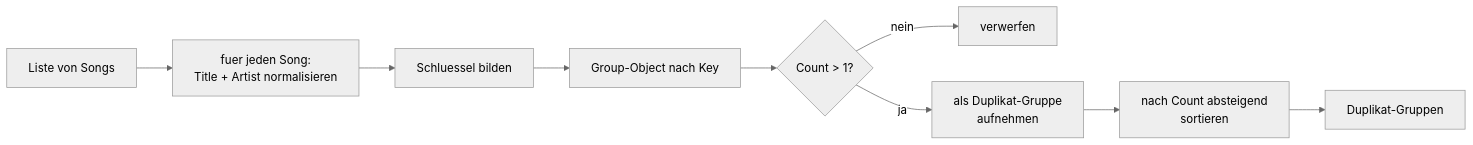
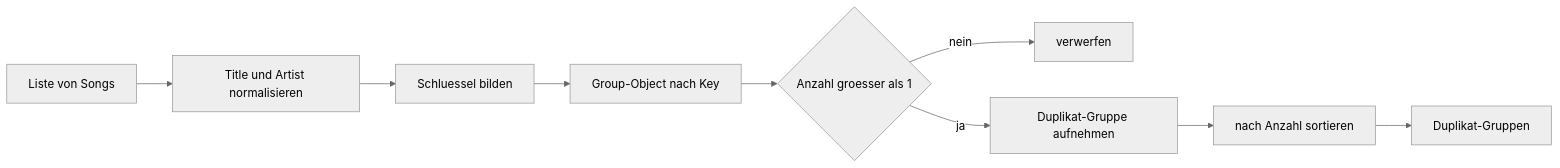
Before and after one commit to leandrosab/spotify-dup: the fifth of 6 diagrams in anhang/flowchart.md, drawn with Mermaid (neutral theme). The commit also changed other lines of this file and 1 other file, not shown here.

Commit message:
Flowchart V.7

````diff
--- a/anhang/flowchart.md
+++ b/anhang/flowchart.md
@@ -126,11 +126,11 @@
 ```mermaid
 flowchart LR
-    A[Liste von Songs] --> B[fuer jeden Song:<br>Title + Artist normalisieren]
-    B --> C[Schluessel bilden]
-    C --> D[Group-Object nach Key]
-    D --> E{Count > 1?}
-    E -->|nein| F[verwerfen]
-    E -->|ja| G[als Duplikat-Gruppe<br>aufnehmen]
-    G --> H[nach Count absteigend<br>sortieren]
-    H --> I[Duplikat-Gruppen]
+    a[Liste von Songs] --> b[Title und Artist normalisieren]
+    b --> c[Schluessel bilden]
+    c --> d[Group-Object nach Key]
+    d --> e{Anzahl groesser als 1}
+    e -->|nein| f[verwerfen]
+    e -->|ja| g[Duplikat-Gruppe aufnehmen]
+    g --> h[nach Anzahl sortieren]
+    h --> i[Duplikat-Gruppen]
 ```
````
